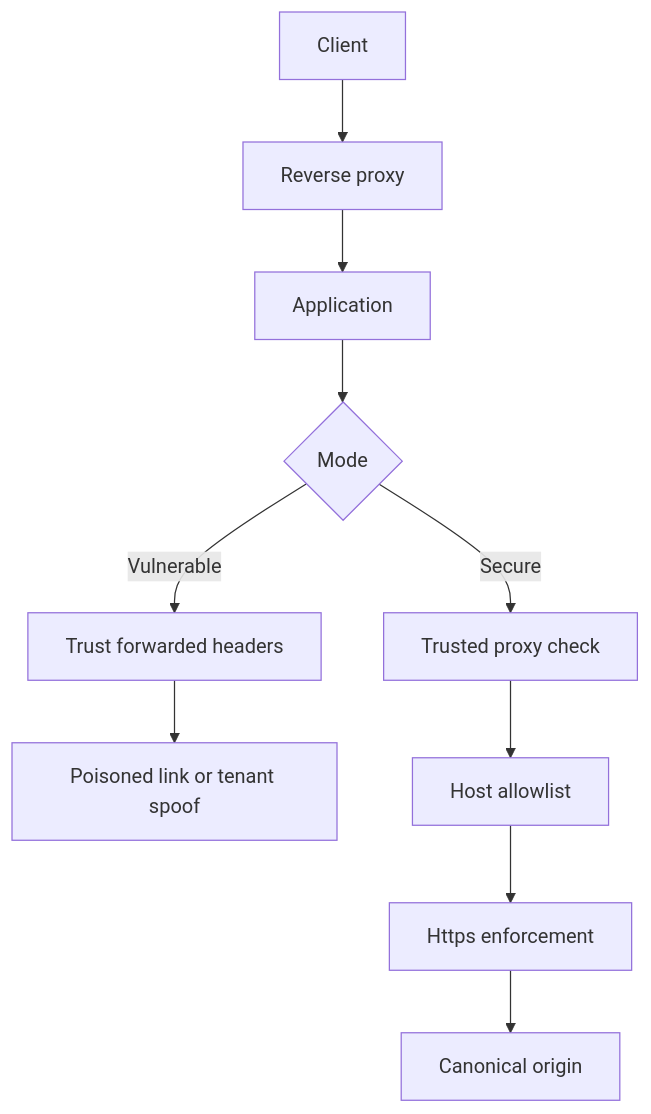
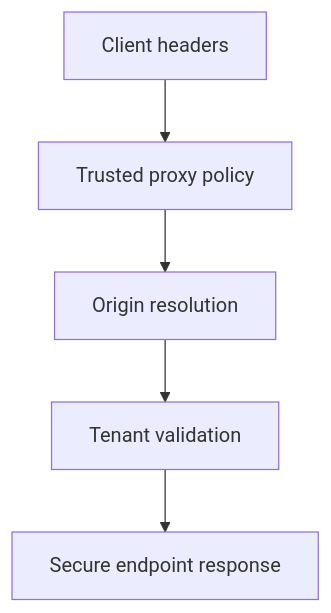
One commit to lthobois/sdne changed the diagram in 10/README.md. Above: the diagram before and after it, drawn with Mermaid. The commit also changed other lines of this file and 11 other files, not shown here.

````diff
--- a/10/README.md
+++ b/10/README.md
@@ -117,12 +126,7 @@
 ```mermaid
-graph TD
-  N1[Client] --> N2[Reverse proxy]
-  N2 --> N3[Application]
-  N3 --> N4{Mode}
-  N4 -- Vulnerable --> N5[Trust forwarded headers]
-  N5 --> N6[Poisoned link or tenant spoof]
-  N4 -- Secure --> N7[Trusted proxy check]
-  N7 --> N8[Host allowlist]
-  N8 --> N9[Https enforcement]
-  N9 --> N10[Canonical origin]
+flowchart TD
+    A[Client headers] --> B[Trusted proxy policy]
+    B --> C[Origin resolution]
+    C --> D[Tenant validation]
+    D --> E[Secure endpoint response]
 ```
````
